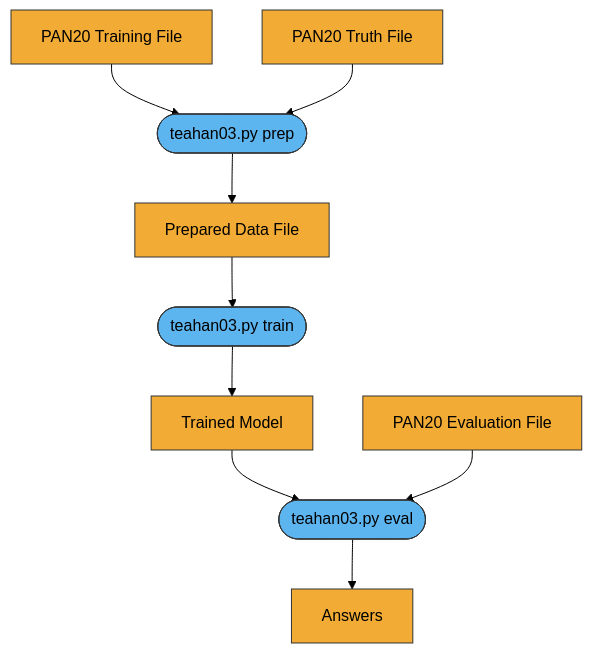
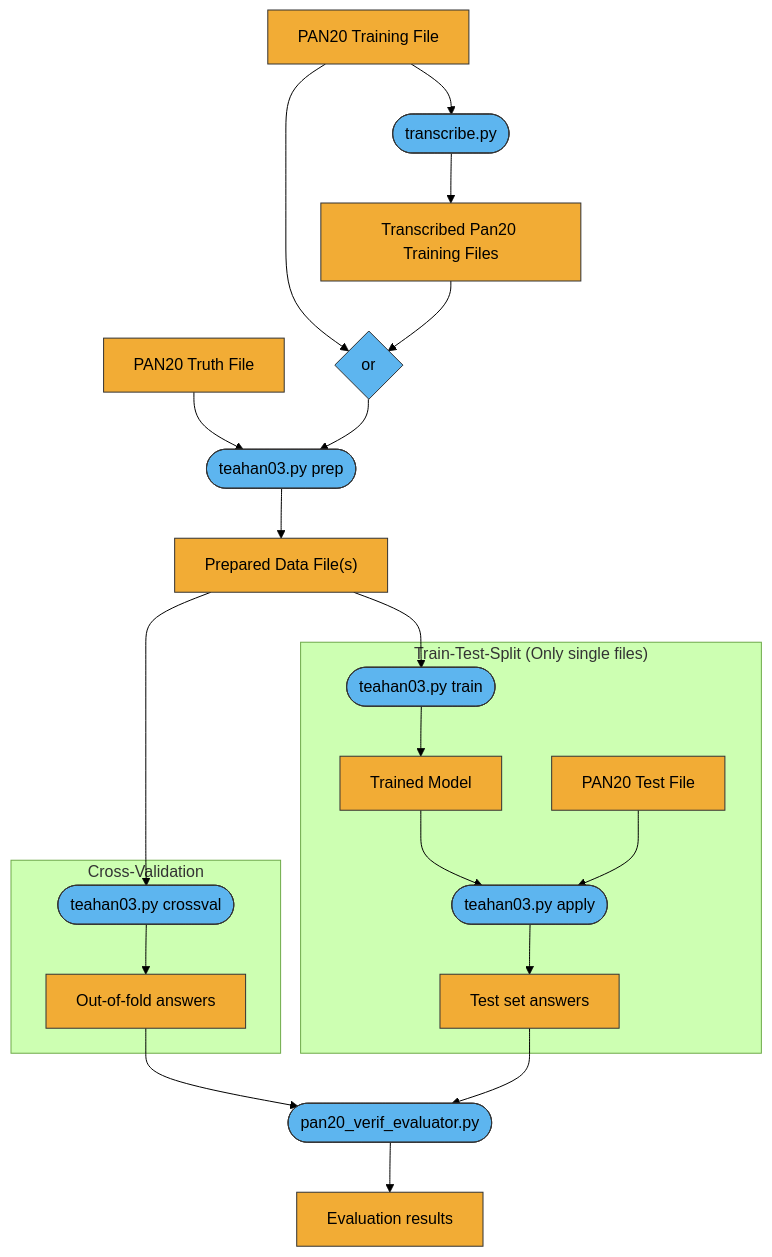
Before and after one commit to av-pt/teahan03-phonetic: the diagram in README.md, drawn with Mermaid (forest theme). The commit also changed other lines of this file, not shown here.

Commit message:
Update diagram in README.md

````diff
--- a/README.md
+++ b/README.md
@@ -20,18 +21,31 @@
 ```mermaid
 graph TD
-    data1[PAN20 Training File] --> proc1
+    data1[PAN20 Training File] --> or
+    data1 --> proc0
+    proc0([transcribe.py]) --> data0
+    data0[Transcribed Pan20 Training Files] --> or
     data2[PAN20 Truth File] --> proc1
+    or{or} --> proc1
     proc1([teahan03.py prep]) --> data3
-    data3[Prepared Data File] --> proc2
+    data3["Prepared Data File(s)"] --> proc2
+    subgraph "Train-Test-Split (Only single files)"
     proc2([teahan03.py train]) --> data4
     data4[Trained Model] --> proc3
-    data5[PAN20 Evaluation File] --> proc3
-    proc3([teahan03.py eval]) --> data6
-    data6[Answers]
-
+    data5[PAN20 Test File] --> proc3
+    proc3([teahan03.py apply]) --> data6
+    end
+    data6[Test set answers]
+    data3 --> proc4
+    subgraph Cross-Validation
+    proc4([teahan03.py crossval]) --> data7
+    end
+    data7[Out-of-fold answers] --> proc5
+    proc5([pan20_verif_evaluator.py]) --> data8
+    data6 --> proc5
+    data8[Evaluation results]
 
     classDef data fill:#f2ac35,stroke:#333;
-    class data1,data2,data3,data4,data5,data6 data;
+    class data0,data1,data2,data3,data4,data5,data6,data7,data8 data;
     classDef process fill:#5db5ef,stroke:#333;
-    class proc1,proc2,proc3 process;
+    class or,proc0,proc1,proc2,proc3,proc4,proc5 process;
 ```
````
